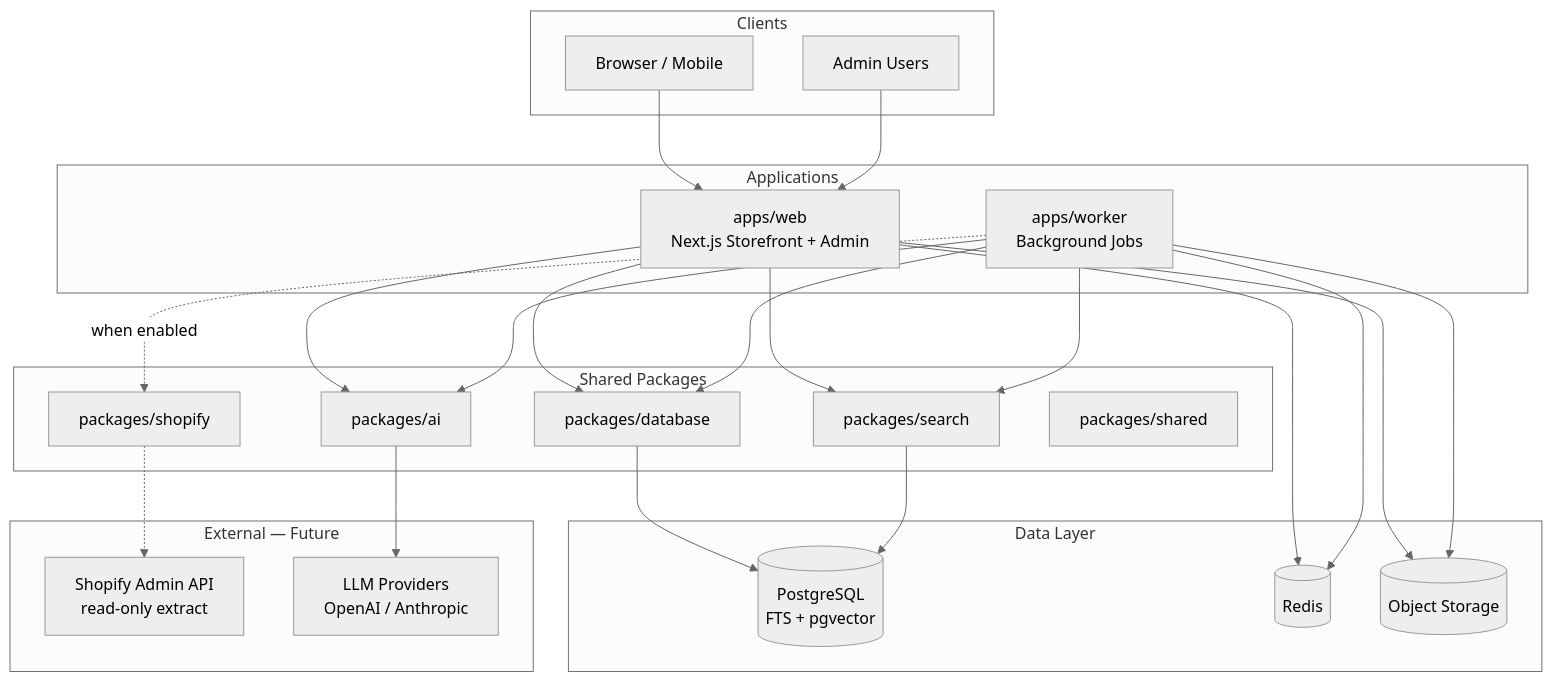
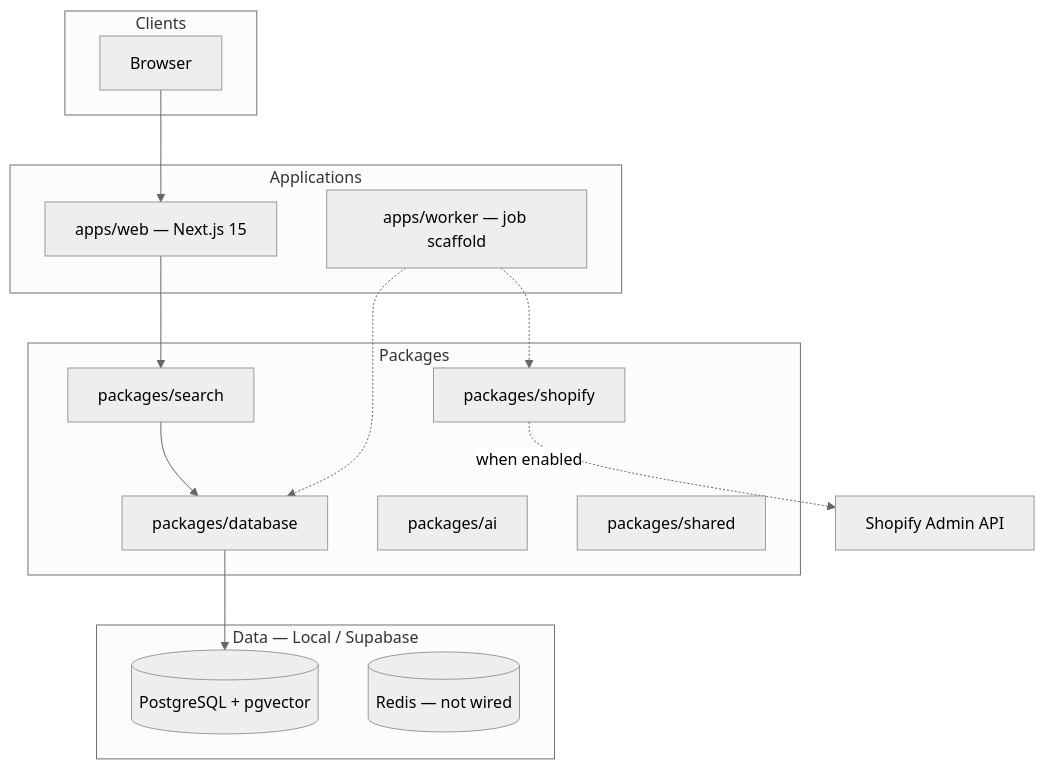
The diagram in docs/architecture.md (sportsjerseydirect/Sports-Jersey-House), drawn with Mermaid (neutral theme) before and after one commit. The commit also changed other lines of this file and 24 other files, not shown here.

````diff
--- a/docs/architecture.md
+++ b/docs/architecture.md
@@ -28,49 +17,32 @@
 ```mermaid
 flowchart TB
     subgraph clients [Clients]
-        Browser[Browser / Mobile]
-        Admin[Admin Users]
+        Browser[Browser]
     end
 
     subgraph apps [Applications]
-        Web[apps/web<br/>Next.js Storefront + Admin]
-        Worker[apps/worker<br/>Background Jobs]
+        Web[apps/web — Next.js 15]
+        Worker[apps/worker — job scaffold]
     end
 
-    subgraph packages [Shared Packages]
+    subgraph packages [Packages]
+        Search[packages/search]
+        DB[packages/database]
+        Shopify[packages/shopify]
         AI[packages/ai]
-        DB[packages/database]
-        Search[packages/search]
-        Shopify[packages/shopify]
         Shared[packages/shared]
     end
 
-    subgraph data [Data Layer]
-        PG[(PostgreSQL<br/>FTS + pgvector)]
-        Redis[(Redis)]
-        S3[(Object Storage)]
-    end
-
-    subgraph external [External — Future]
-        ShopifyAPI[Shopify Admin API<br/>read-only extract]
-        LLM[LLM Providers<br/>OpenAI / Anthropic]
+    subgraph data [Data — Local / Supabase]
+        PG[(PostgreSQL + pgvector)]
+        Redis[(Redis — not wired)]
     end
 
     Browser --> Web
-    Admin --> Web
-    Web --> DB
     Web --> Search
-    Web --> AI
-    Web --> Redis
-    Worker --> DB
-    Worker --> Search
-    Worker --> AI
-    Worker --> Redis
-    Worker -.->|when enabled| Shopify
-    Shopify -.-> ShopifyAPI
-    AI --> LLM
+    Search --> DB
     DB --> PG
-    Search --> PG
-    Web --> S3
-    Worker --> S3
+    Worker -.-> Shopify
+    Worker -.-> DB
+    Shopify -.->|when enabled| ShopifyAPI[Shopify Admin API]
 ```
````
